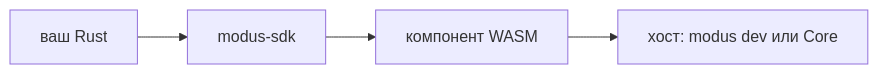
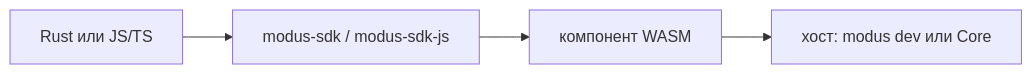
Before and after one commit to CaptainGnome/modus-docs: the diagram in ru/ref/00-contract.md, drawn with Mermaid. The commit also changed other lines of this file and 26 other files, not shown here.

````diff
--- a/ru/ref/00-contract.md
+++ b/ru/ref/00-contract.md
@@ -9,6 +9,6 @@
 ```mermaid
 flowchart LR
-  rust[ваш Rust] --> sdk[modus-sdk]
+  guest["Rust или JS/TS"] --> sdk["modus-sdk / modus-sdk-js"]
   sdk --> wasm[компонент WASM]
   wasm --> host["хост: modus dev или Core"]
 ```
````
